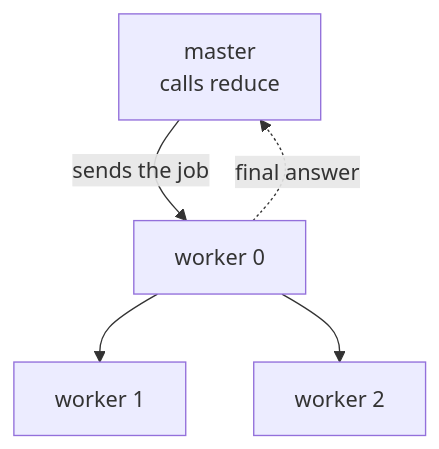
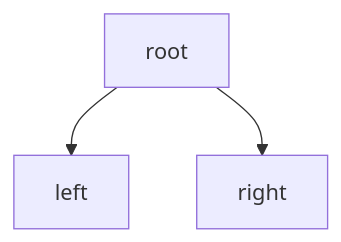
One commit to sirjakk/explain-skill changed the second of 4 diagrams in references/visuals.md. Above: the diagram before and after it, drawn with Mermaid. The commit also changed other lines of this file and 3 other files, not shown here.

````diff
--- a/references/visuals.md
+++ b/references/visuals.md
@@ -31,7 +24,5 @@
 ```mermaid
 flowchart TB
-    M["master<br/>calls reduce"] -->|"sends the job"| W0["worker 0"]
-    W0 --> W1["worker 1"]
-    W0 --> W2["worker 2"]
-    W0 -.->|"final answer"| M
+    R["root"] --> A["left"]
+    R --> B["right"]
 ```
````
